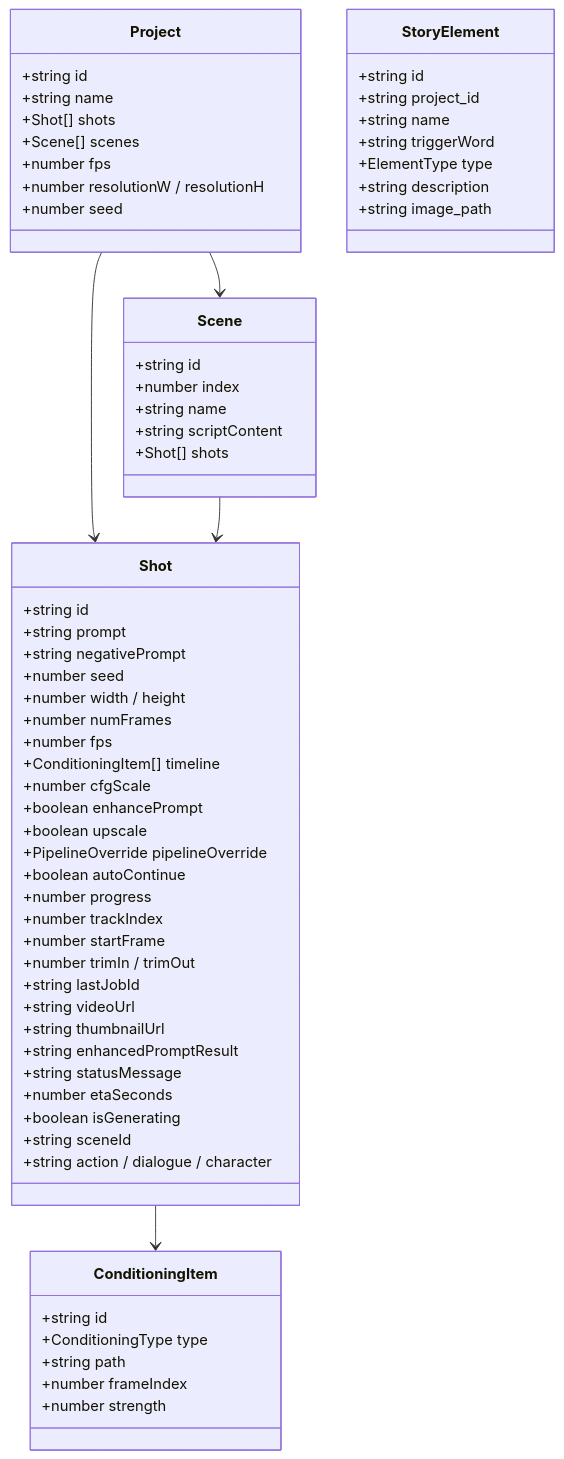
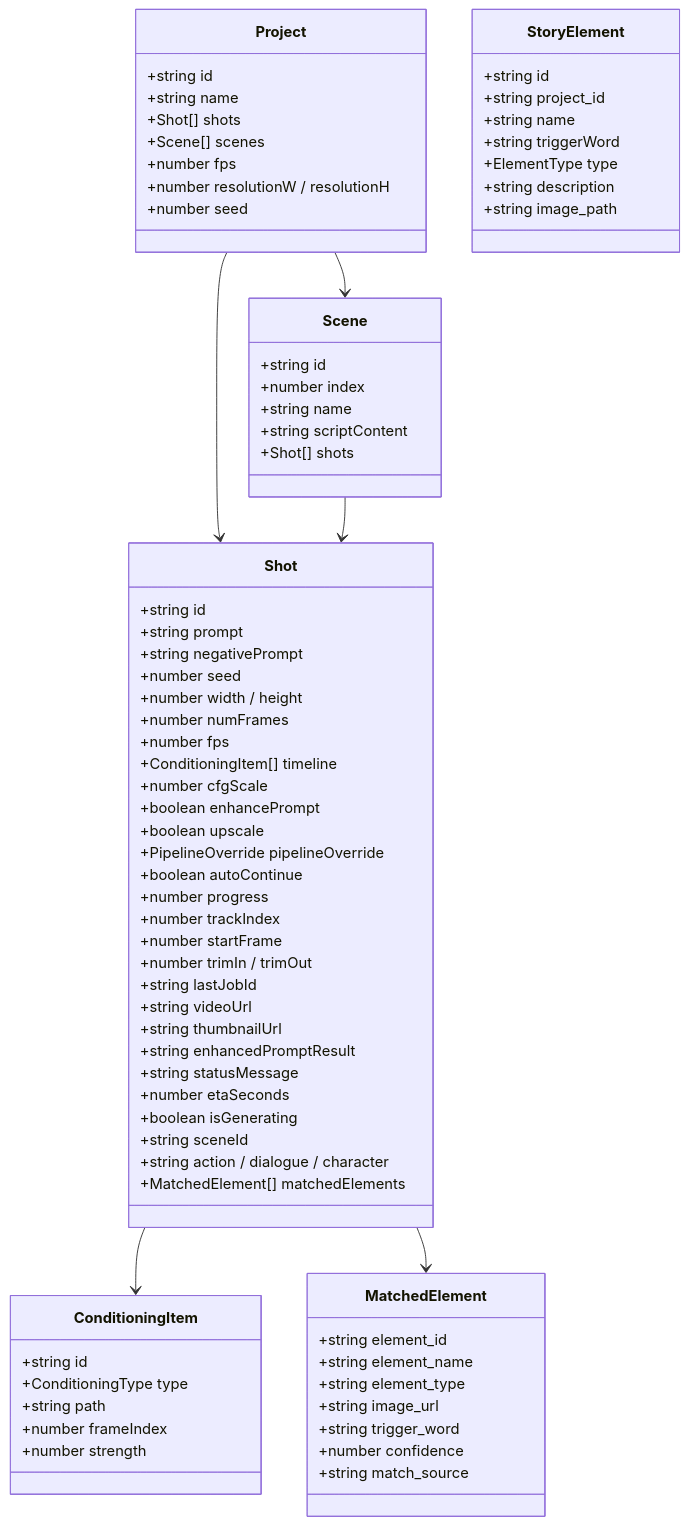
One commit to mainza-ai/milimovideo changed the third of 3 diagrams in docs/02_data_models.md. Above: the diagram before and after it, drawn with Mermaid. The commit also changed other lines of this file and 26 other files, not shown here.

````diff
--- a/docs/02_data_models.md
+++ b/docs/02_data_models.md
@@ -314,6 +317,17 @@
         +boolean isGenerating
         +string sceneId
         +string action / dialogue / character
+        +MatchedElement[] matchedElements
+    }
+
+    class MatchedElement {
+        +string element_id
+        +string element_name
+        +string element_type
+        +string image_url
+        +string trigger_word
+        +number confidence
+        +string match_source
     }
 
     class ConditioningItem {
@@ -356,4 +370,5 @@
     Project --> Scene
     Scene --> Shot
     Shot --> ConditioningItem
+    Shot --> MatchedElement
 ```
````
